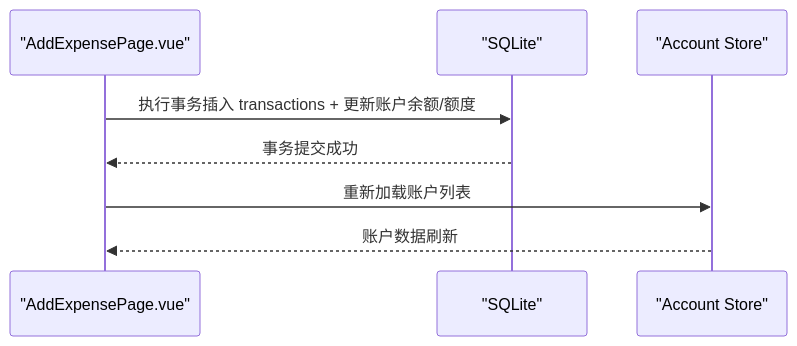
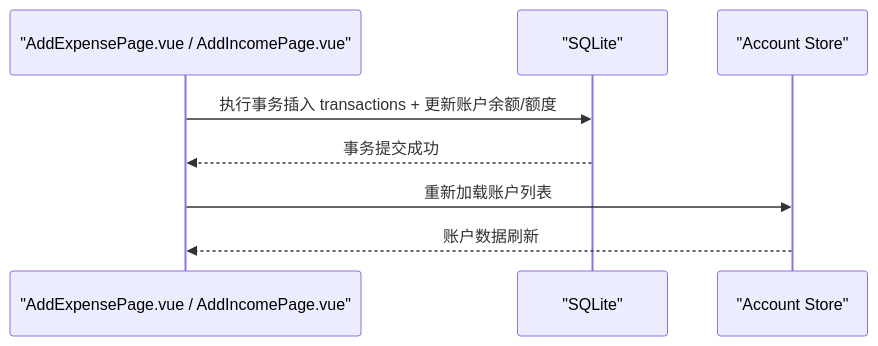
The sixth of 7 diagrams in .qoder/repowiki/zh/content/支出管理/分类管理.md (xiao-lin-unit/yuan), drawn with Mermaid before and after one commit. The commit also changed other lines of this file and 62 other files, not shown here.

````diff
--- a/.qoder/repowiki/zh/content/支出管理/分类管理.md
+++ b/.qoder/repowiki/zh/content/支出管理/分类管理.md
@@ -314,10 +336,10 @@
 ```mermaid
 sequenceDiagram
-participant UI as "AddExpensePage.vue"
+participant UI as "AddExpensePage.vue / AddIncomePage.vue"
 participant DB as "SQLite"
 participant ACC as "Account Store"
 UI->>DB : 执行事务插入 transactions + 更新账户余额/额度
 DB-->>UI : 事务提交成功
 UI->>ACC : 重新加载账户列表
 ACC-->>UI : 账户数据刷新
 ```
````
